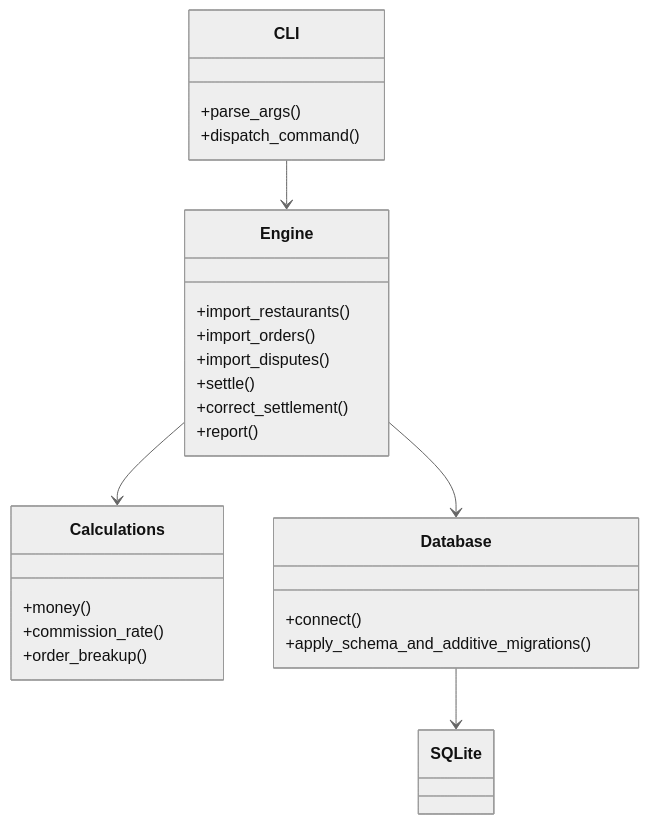
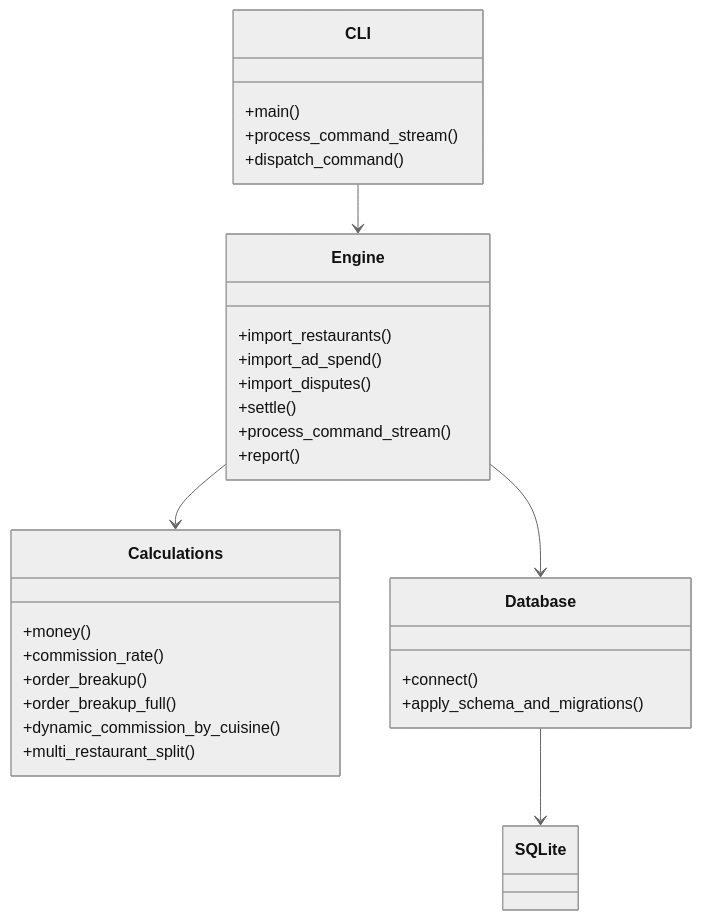
Before and after one commit to mhemalathareddy181205-png/food-delivery-payout-engine: the first of 3 diagrams in docs/design.md, drawn with Mermaid (neutral theme). The commit also changed other lines of this file and 22 other files, not shown here.

````diff
--- a/docs/design.md
+++ b/docs/design.md
@@ -7,28 +9,32 @@
 ```mermaid
 classDiagram
     class CLI {
-      +parse_args()
+      +main()
+      +process_command_stream()
       +dispatch_command()
     }
     class Engine {
       +import_restaurants()
-      +import_orders()
+      +import_ad_spend()
       +import_disputes()
       +settle()
-      +correct_settlement()
+      +process_command_stream()
       +report()
     }
     class Calculations {
       +money()
       +commission_rate()
       +order_breakup()
+      +order_breakup_full()
+      +dynamic_commission_by_cuisine()
+      +multi_restaurant_split()
     }
     class Database {
       +connect()
-      +apply_schema_and_additive_migrations()
+      +apply_schema_and_migrations()
     }
     CLI --> Engine
     Engine --> Calculations
     Engine --> Database
     Database --> SQLite
 ```
````
